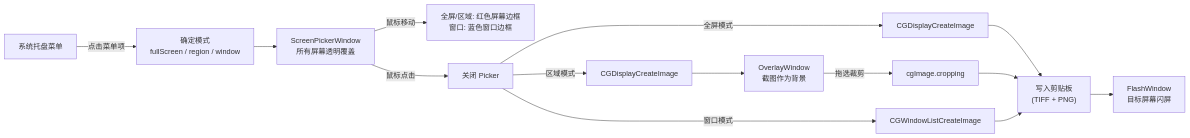
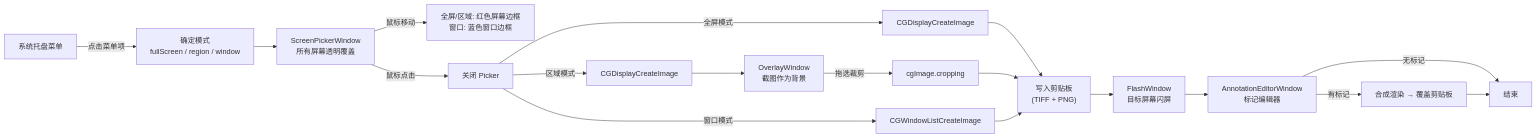
One commit to zhangzhibin/better-snip changed the diagram in docs/spec.md. Above: the diagram before and after it, drawn with Mermaid. The commit also changed other lines of this file and 6 other files, not shown here.

First line of the commit message:
feat: 截图标记编辑器

````diff
--- a/docs/spec.md
+++ b/docs/spec.md
@@ -24,16 +25,20 @@
 ```mermaid
 flowchart LR
     Tray["系统托盘菜单"] -->|"点击菜单项"| Mode["确定模式\nfullScreen / region / window"]
     Mode --> Picker["ScreenPickerWindow\n所有屏幕透明覆盖"]
     Picker -->|"鼠标移动"| Highlight["全屏/区域: 红色屏幕边框\n窗口: 蓝色窗口边框"]
     Picker -->|"鼠标点击"| Selected["关闭 Picker"]
     Selected -->|"全屏模式"| FullCap["CGDisplayCreateImage"]
     Selected -->|"区域模式"| RegCap["CGDisplayCreateImage"]
     Selected -->|"窗口模式"| WinCap["CGWindowListCreateImage"]
     FullCap --> Clipboard["写入剪贴板\n(TIFF + PNG)"]
     RegCap --> Overlay["OverlayWindow\n截图作为背景"]
     Overlay -->|"拖选裁剪"| Crop["cgImage.cropping"]
     Crop --> Clipboard
     WinCap --> Clipboard
     Clipboard --> Flash["FlashWindow\n目标屏幕闪屏"]
+    Flash --> Editor["AnnotationEditorWindow\n标记编辑器"]
+    Editor -->|"有标记"| Composite["合成渲染 → 覆盖剪贴板"]
+    Editor -->|"无标记"| Done["结束"]
+    Composite --> Done
 ```
````
